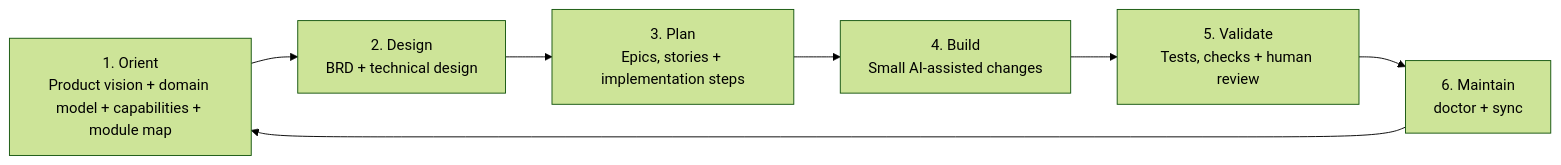
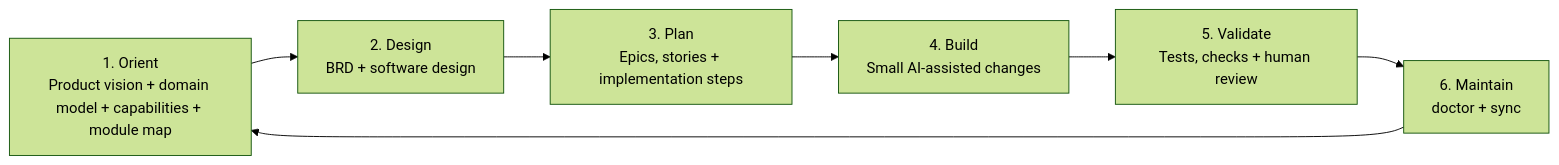
Before and after one commit to juank11memphis/ai-augmented-workflow: the first of 5 diagrams in README.md, drawn with Mermaid (forest theme). The commit also changed other lines of this file and 57 other files, not shown here.

First line of the commit message:
feat!: replace architecture and feature design workflows with SAD and SDD

````diff
--- a/README.md
+++ b/README.md
@@ -124,9 +124,9 @@
 ```mermaid
 flowchart LR
-  orient["1. Orient<br/>Product vision + domain model + capabilities + module map"] --> design["2. Design<br/>BRD + technical design"]
+  orient["1. Orient<br/>Product vision + domain model + capabilities + module map"] --> design["2. Design<br/>BRD + software design"]
   design --> plan["3. Plan<br/>Epics, stories + implementation steps"]
   plan --> build["4. Build<br/>Small AI-assisted changes"]
   build --> validate["5. Validate<br/>Tests, checks + human review"]
   validate --> maintain["6. Maintain<br/>doctor + sync"]
   maintain --> orient
 ```
````
